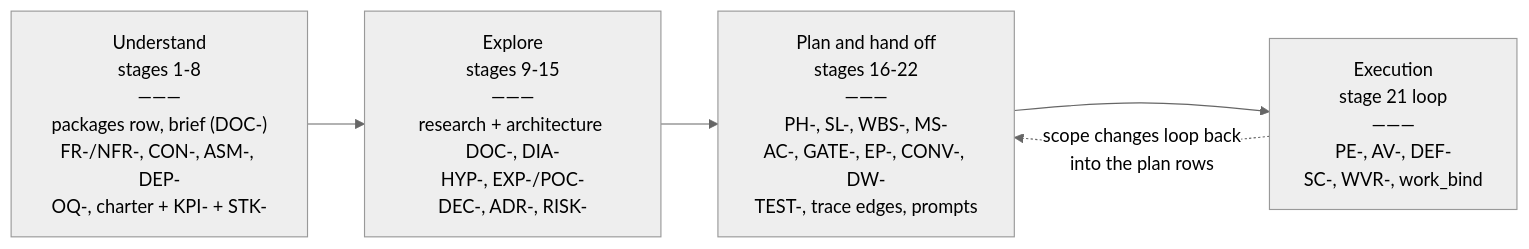
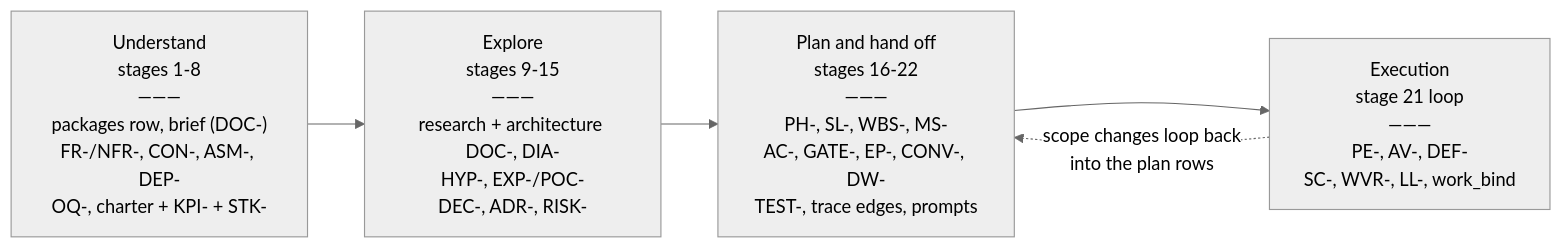
The first of 7 diagrams in docs/entities.md (A-H-911/tamheed), drawn with Mermaid (neutral theme) before and after one commit. The commit also changed other lines of this file and 84 other files, not shown here.

````diff
--- a/docs/entities.md
+++ b/docs/entities.md
@@ -32,9 +32,9 @@
 ```mermaid
 flowchart LR
     U["Understand<br/>stages 1-8<br/>―――<br/>packages row, brief (DOC-)<br/>FR-/NFR-, CON-, ASM-, DEP-<br/>OQ-, charter + KPI- + STK-"]
     E["Explore<br/>stages 9-15<br/>―――<br/>research + architecture DOC-, DIA-<br/>HYP-, EXP-/POC-<br/>DEC-, ADR-, RISK-"]
     P["Plan and hand off<br/>stages 16-22<br/>―――<br/>PH-, SL-, WBS-, MS-<br/>AC-, GATE-, EP-, CONV-, DW-<br/>TEST-, trace edges, prompts"]
-    X["Execution<br/>stage 21 loop<br/>―――<br/>PE-, AV-, DEF-<br/>SC-, WVR-, work_bind"]
+    X["Execution<br/>stage 21 loop<br/>―――<br/>PE-, AV-, DEF-<br/>SC-, WVR-, LL-, work_bind"]
     U --> E --> P --> X
     X -. "scope changes loop back<br/>into the plan rows" .-> P
 ```
````
